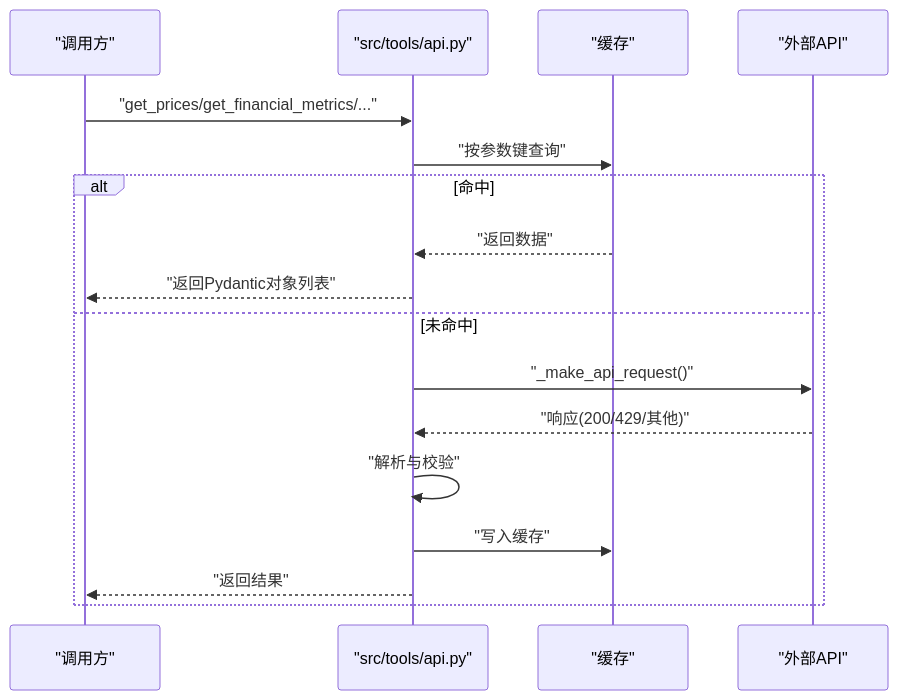
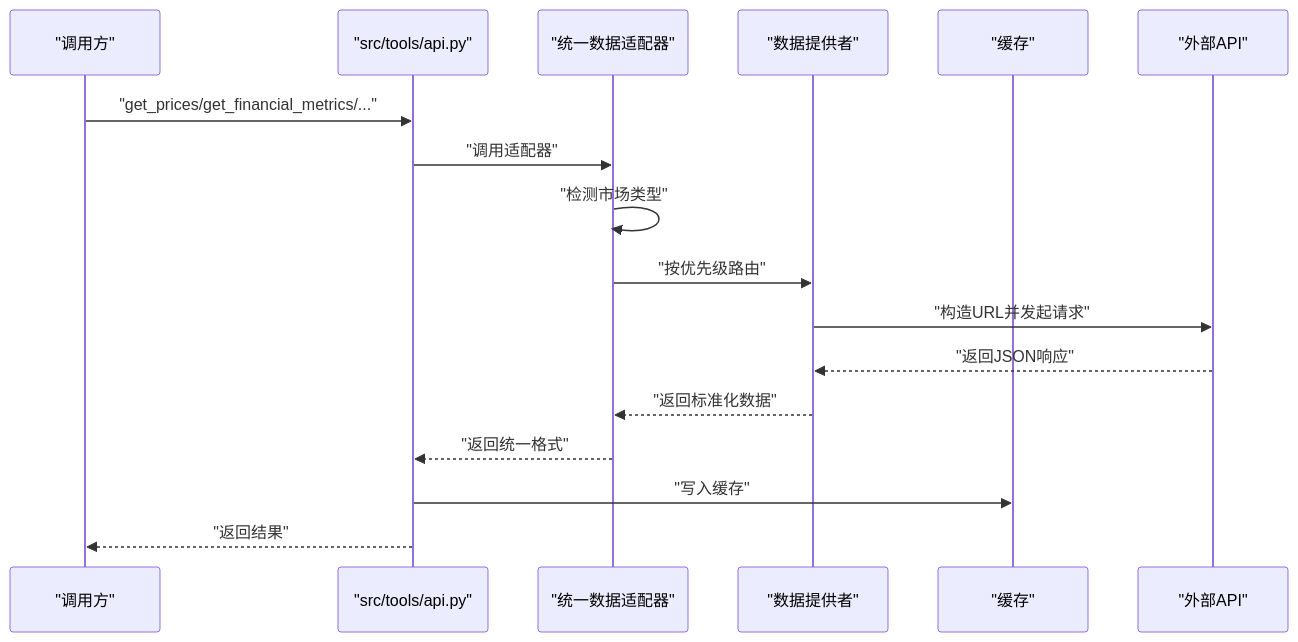
One commit to lichen14-hash/ai-hedge-fund changed the sixth of 7 diagrams in .qoder/repowiki/zh/content/数据管理/数据管理.md. Above: the diagram before and after it, drawn with Mermaid. The commit also changed other lines of this file and 11 other files, not shown here.

````diff
--- a/.qoder/repowiki/zh/content/数据管理/数据管理.md
+++ b/.qoder/repowiki/zh/content/数据管理/数据管理.md
@@ -234,19 +321,19 @@
 ```mermaid
 sequenceDiagram
 participant Caller as "调用方"
 participant API as "src/tools/api.py"
+participant Adapter as "统一数据适配器"
+participant Provider as "数据提供者"
 participant Cache as "缓存"
 participant Ext as "外部API"
 Caller->>API : "get_prices/get_financial_metrics/..."
-API->>Cache : "按参数键查询"
-alt 命中
-Cache-->>API : "返回数据"
-API-->>Caller : "返回Pydantic对象列表"
-else 未命中
-API->>Ext : "_make_api_request()"
-Ext-->>API : "响应(200/429/其他)"
-API->>API : "解析与校验"
+API->>Adapter : "调用适配器"
+Adapter->>Adapter : "检测市场类型"
+Adapter->>Provider : "按优先级路由"
+Provider->>Ext : "构造URL并发起请求"
+Ext-->>Provider : "返回JSON响应"
+Provider-->>Adapter : "返回标准化数据"
+Adapter-->>API : "返回统一格式"
 API->>Cache : "写入缓存"
 API-->>Caller : "返回结果"
-end
 ```
````
